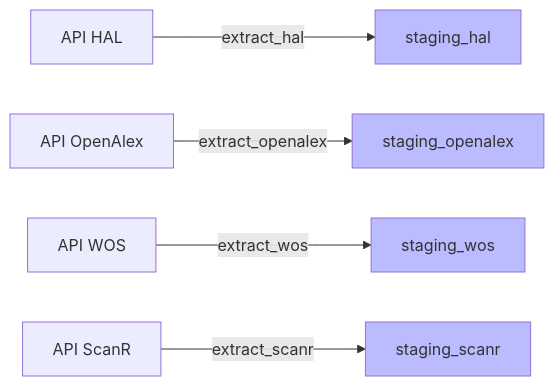
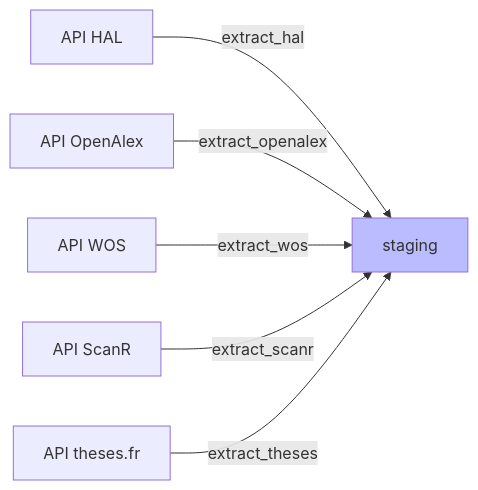
One commit to Y33sha/bibliometrie-uca changed the first of 9 diagrams in docs/pipeline.md. Above: the diagram before and after it, drawn with Mermaid. The commit also changed other lines of this file and 26 other files, not shown here.

````diff
--- a/docs/pipeline.md
+++ b/docs/pipeline.md
@@ -57,9 +57,10 @@
 ```mermaid
 flowchart LR
-    A[API HAL]-->|extract_hal|B[staging_hal]
-    C[API OpenAlex]-->|extract_openalex|D[staging_openalex]
-    E[API WOS]-->|extract_wos|F[staging_wos]
-    G[API ScanR]-->|extract_scanr|H[staging_scanr]
+    A[API HAL]-->|extract_hal|B[staging]
+    C[API OpenAlex]-->|extract_openalex|B
+    E[API WOS]-->|extract_wos|B
+    G[API ScanR]-->|extract_scanr|B
+    H[API theses.fr]-->|extract_theses|B
     classDef new  fill:#bbf
-    class B,D,F,H new;
+    class B new;
 ```
````
